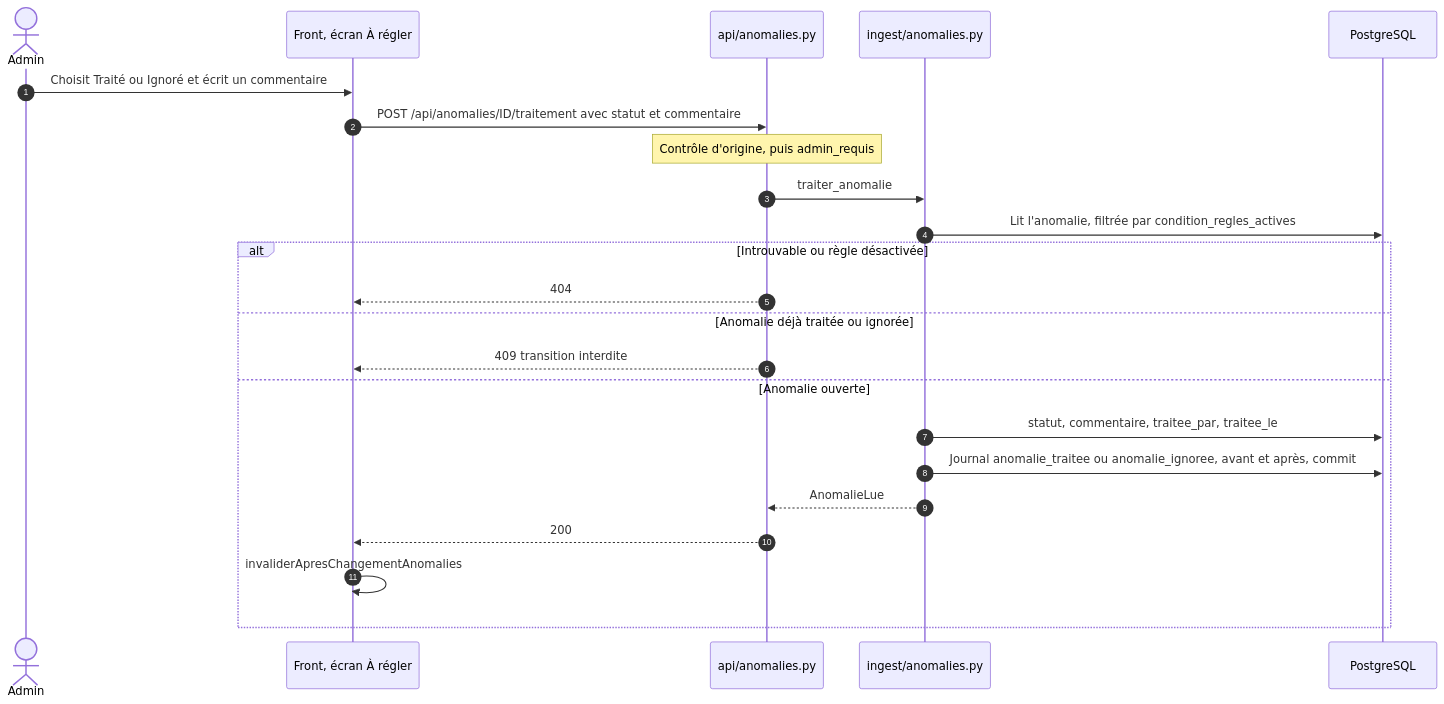
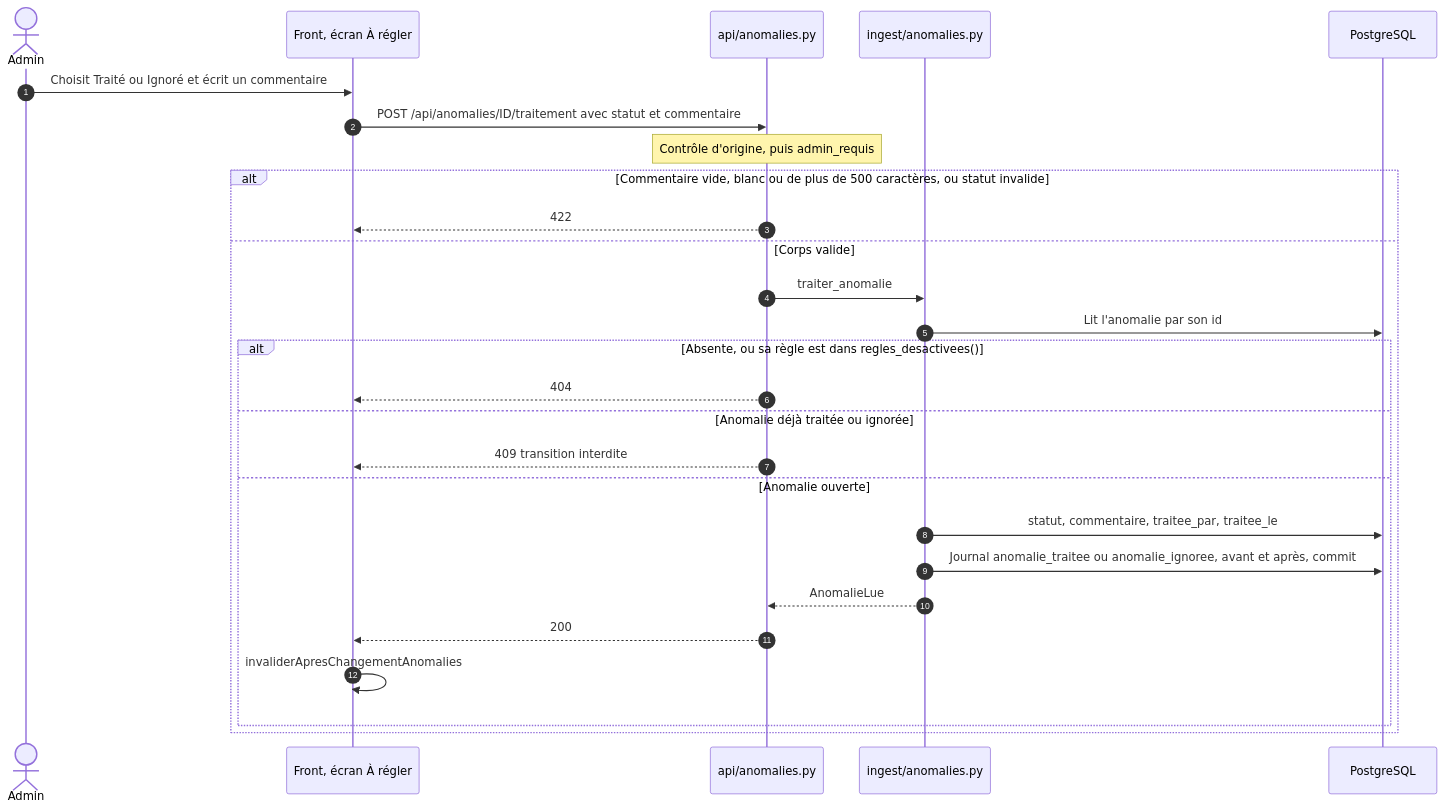
One commit to Asuura666/habitat-renovation changed the ninth of 14 diagrams in ARCHITECTURE.md. Above: the diagram before and after it, drawn with Mermaid. The commit also changed other lines of this file, not shown here.

First line of the commit message:
docs: ARCHITECTURE.md — corrections de vérification

````diff
--- a/ARCHITECTURE.md
+++ b/ARCHITECTURE.md
@@ -685,26 +732,30 @@
 ```mermaid
 sequenceDiagram
   autonumber
   actor admin as Admin
   participant web as Front, écran À régler
   participant api as api/anomalies.py
   participant svc as ingest/anomalies.py
   participant bdd as PostgreSQL
 
   admin->>web: Choisit Traité ou Ignoré et écrit un commentaire
   web->>api: POST /api/anomalies/ID/traitement avec statut et commentaire
   Note over api: Contrôle d'origine, puis admin_requis
-  api->>svc: traiter_anomalie
-  svc->>bdd: Lit l'anomalie, filtrée par condition_regles_actives
-  alt Introuvable ou règle désactivée
-    api-->>web: 404
-  else Anomalie déjà traitée ou ignorée
-    api-->>web: 409 transition interdite
-  else Anomalie ouverte
-    svc->>bdd: statut, commentaire, traitee_par, traitee_le
-    svc->>bdd: Journal anomalie_traitee ou anomalie_ignoree, avant et après, commit
-    svc-->>api: AnomalieLue
-    api-->>web: 200
-    web->>web: invaliderApresChangementAnomalies
+  alt Commentaire vide, blanc ou de plus de 500 caractères, ou statut invalide
+    api-->>web: 422
+  else Corps valide
+    api->>svc: traiter_anomalie
+    svc->>bdd: Lit l'anomalie par son id
+    alt Absente, ou sa règle est dans regles_desactivees()
+      api-->>web: 404
+    else Anomalie déjà traitée ou ignorée
+      api-->>web: 409 transition interdite
+    else Anomalie ouverte
+      svc->>bdd: statut, commentaire, traitee_par, traitee_le
+      svc->>bdd: Journal anomalie_traitee ou anomalie_ignoree, avant et après, commit
+      svc-->>api: AnomalieLue
+      api-->>web: 200
+      web->>web: invaliderApresChangementAnomalies
+    end
   end
 ```
````
